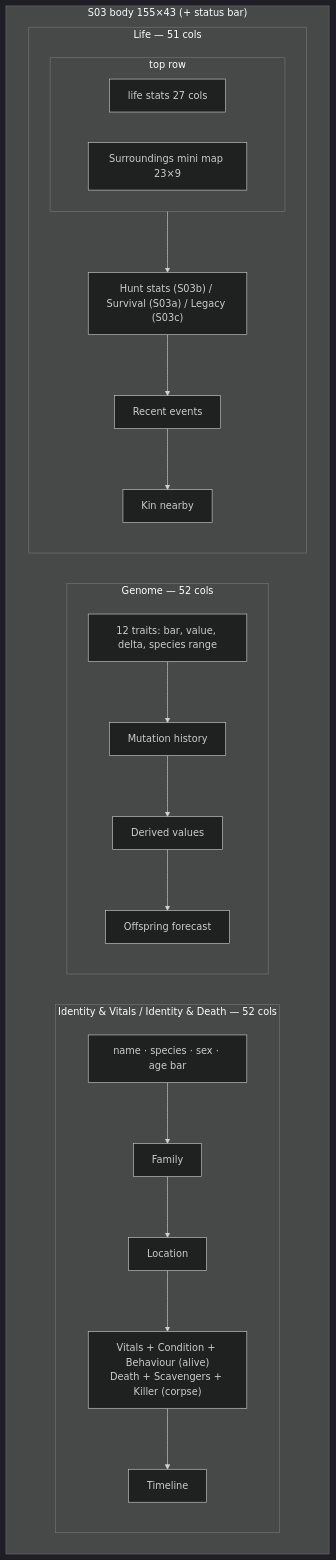
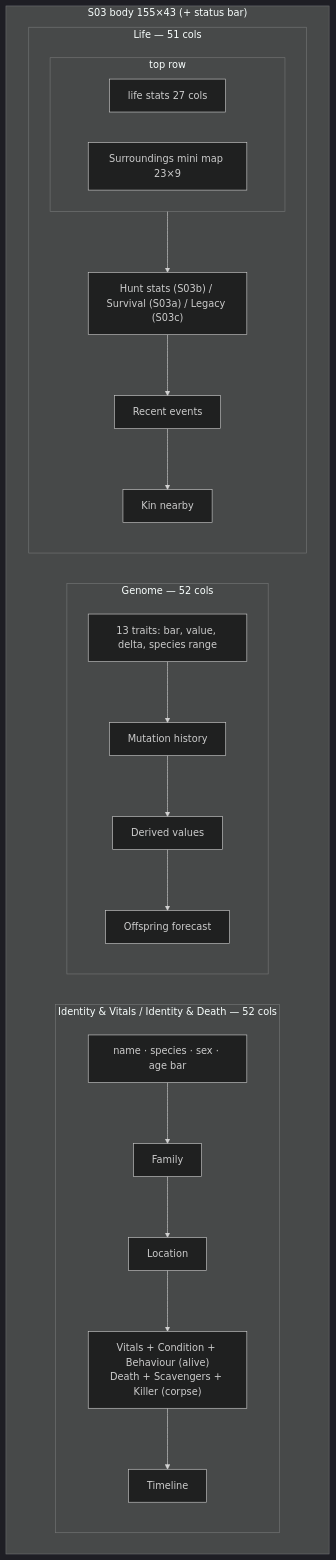
One commit to sbayer55/sim-fortress changed the first of 2 diagrams in docs/screens/s03-creature-inspector.md. Above: the diagram before and after it, drawn with Mermaid (dark theme). The commit also changed other lines of this file and 49 other files, not shown here.

````diff
--- a/docs/screens/s03-creature-inspector.md
+++ b/docs/screens/s03-creature-inspector.md
@@ -39,35 +39,35 @@
 ```mermaid
 flowchart LR
     subgraph body["S03 body 155×43 (+ status bar)"]
         direction LR
         subgraph L["Identity & Vitals / Identity & Death — 52 cols"]
             direction TB
             L1["name · species · sex · age bar"]
             L2["Family"]
             L3["Location"]
             L4["Vitals + Condition + Behaviour (alive)<br/>Death + Scavengers + Killer (corpse)"]
             L5["Timeline"]
             L1 --> L2 --> L3 --> L4 --> L5
         end
         subgraph M["Genome — 52 cols"]
             direction TB
-            M1["12 traits: bar, value, delta, species range"]
+            M1["13 traits: bar, value, delta, species range"]
             M2["Mutation history"]
             M3["Derived values"]
             M4["Offspring forecast"]
             M1 --> M2 --> M3 --> M4
         end
         subgraph R["Life — 51 cols"]
             direction TB
             subgraph RT["top row"]
                 direction LR
                 R1["life stats 27 cols"]
                 R2["Surroundings mini map 23×9"]
             end
             R3["Hunt stats (S03b) / Survival (S03a) / Legacy (S03c)"]
             R4["Recent events"]
             R5["Kin nearby"]
             RT --> R3 --> R4 --> R5
         end
     end
 ```
````
